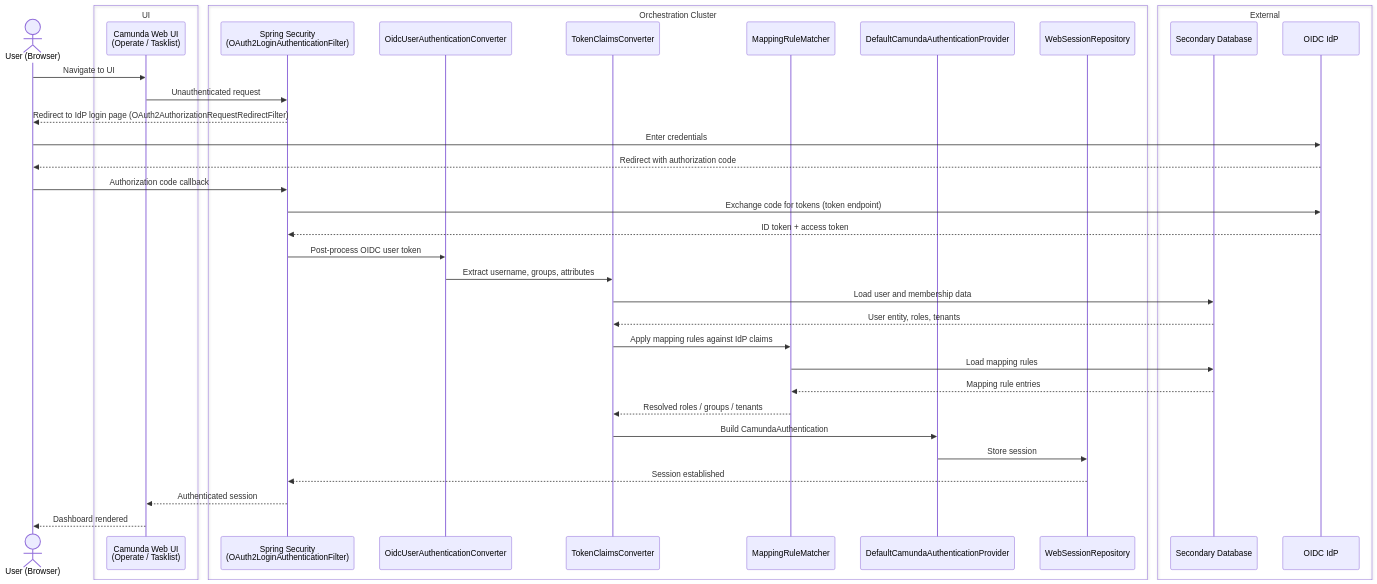
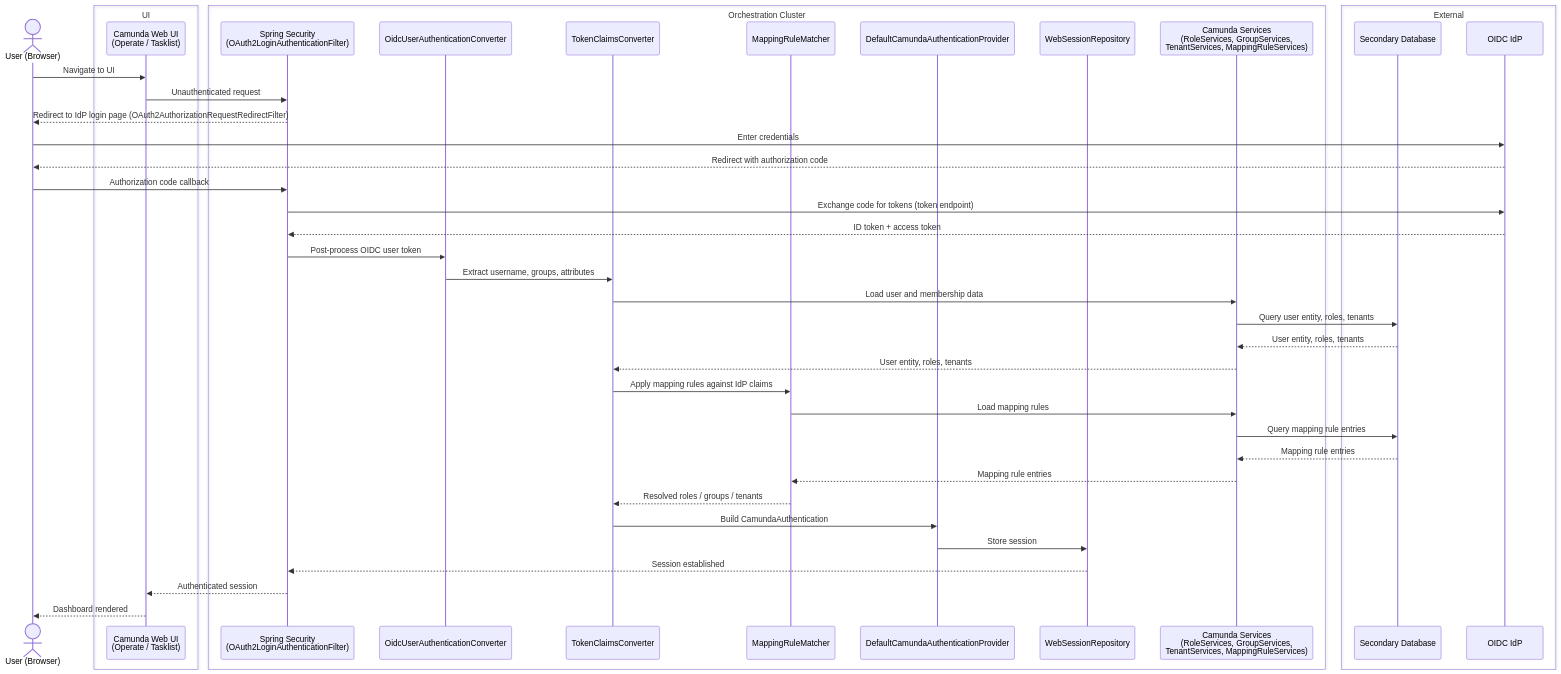
Before and after one commit to camunda/camunda: the ninth of 17 diagrams in docs/identity/architecture-documentation.md, drawn with Mermaid. The commit also changed other lines of this file and 4 other files, not shown here.

Commit message:
docs: update identity arc42 architecture documentation based on review

````diff
--- a/docs/identity/architecture-documentation.md
+++ b/docs/identity/architecture-documentation.md
@@ -453,41 +497,46 @@
 ```mermaid
 sequenceDiagram
   actor USER as User (Browser)
   box UI
     participant UI as Camunda Web UI<br/>(Operate / Tasklist)
   end
   box Orchestration Cluster
     participant SS as Spring Security<br/>(OAuth2LoginAuthenticationFilter)
     participant OIDC_USER_CONV as OidcUserAuthenticationConverter
     participant CLAIMS as TokenClaimsConverter
     participant MAPPING as MappingRuleMatcher
     participant AUTHN_PROVIDER as DefaultCamundaAuthenticationProvider
     participant SESSION as WebSessionRepository
+    participant CAMUNDA_SERVICES as Camunda Services<br/>(RoleServices, GroupServices,<br/>TenantServices, MappingRuleServices)
   end
   box External
     participant SECONDARY_DB as Secondary Database
     participant IDP as OIDC IdP
   end
 
   USER->>UI: Navigate to UI
   UI->>SS: Unauthenticated request
   SS-->>USER: Redirect to IdP login page (OAuth2AuthorizationRequestRedirectFilter)
   USER->>IDP: Enter credentials
   IDP-->>USER: Redirect with authorization code
   USER->>SS: Authorization code callback
   SS->>IDP: Exchange code for tokens (token endpoint)
   IDP-->>SS: ID token + access token
   SS->>OIDC_USER_CONV: Post-process OIDC user token
   OIDC_USER_CONV->>CLAIMS: Extract username, groups, attributes
-  CLAIMS->>SECONDARY_DB: Load user and membership data
-  SECONDARY_DB-->>CLAIMS: User entity, roles, tenants
+  CLAIMS->>CAMUNDA_SERVICES: Load user and membership data
+  CAMUNDA_SERVICES->>SECONDARY_DB: Query user entity, roles, tenants
+  SECONDARY_DB-->>CAMUNDA_SERVICES: User entity, roles, tenants
+  CAMUNDA_SERVICES-->>CLAIMS: User entity, roles, tenants
   CLAIMS->>MAPPING: Apply mapping rules against IdP claims
-  MAPPING->>SECONDARY_DB: Load mapping rules
-  SECONDARY_DB-->>MAPPING: Mapping rule entries
+  MAPPING->>CAMUNDA_SERVICES: Load mapping rules
+  CAMUNDA_SERVICES->>SECONDARY_DB: Query mapping rule entries
+  SECONDARY_DB-->>CAMUNDA_SERVICES: Mapping rule entries
+  CAMUNDA_SERVICES-->>MAPPING: Mapping rule entries
   MAPPING-->>CLAIMS: Resolved roles / groups / tenants
   CLAIMS->>AUTHN_PROVIDER: Build CamundaAuthentication
   AUTHN_PROVIDER->>SESSION: Store session
   SESSION-->>SS: Session established
   SS-->>UI: Authenticated session
   UI-->>USER: Dashboard rendered
 ```
````
